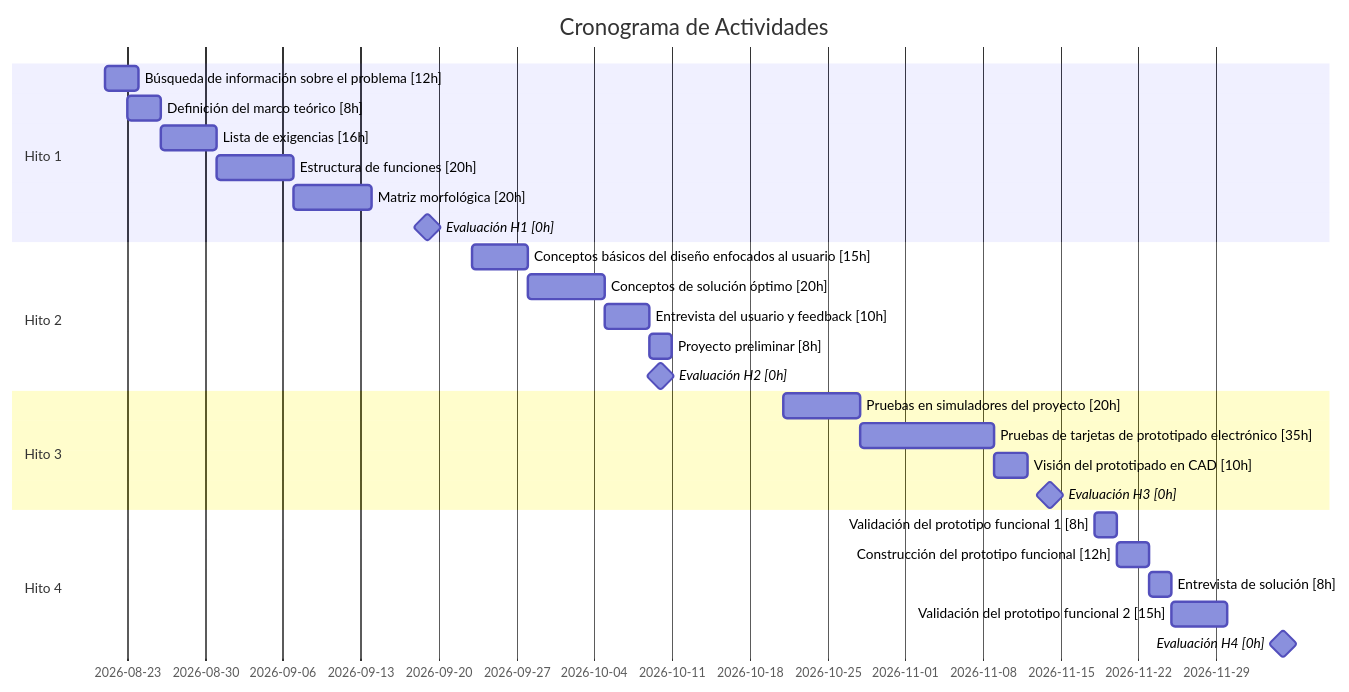
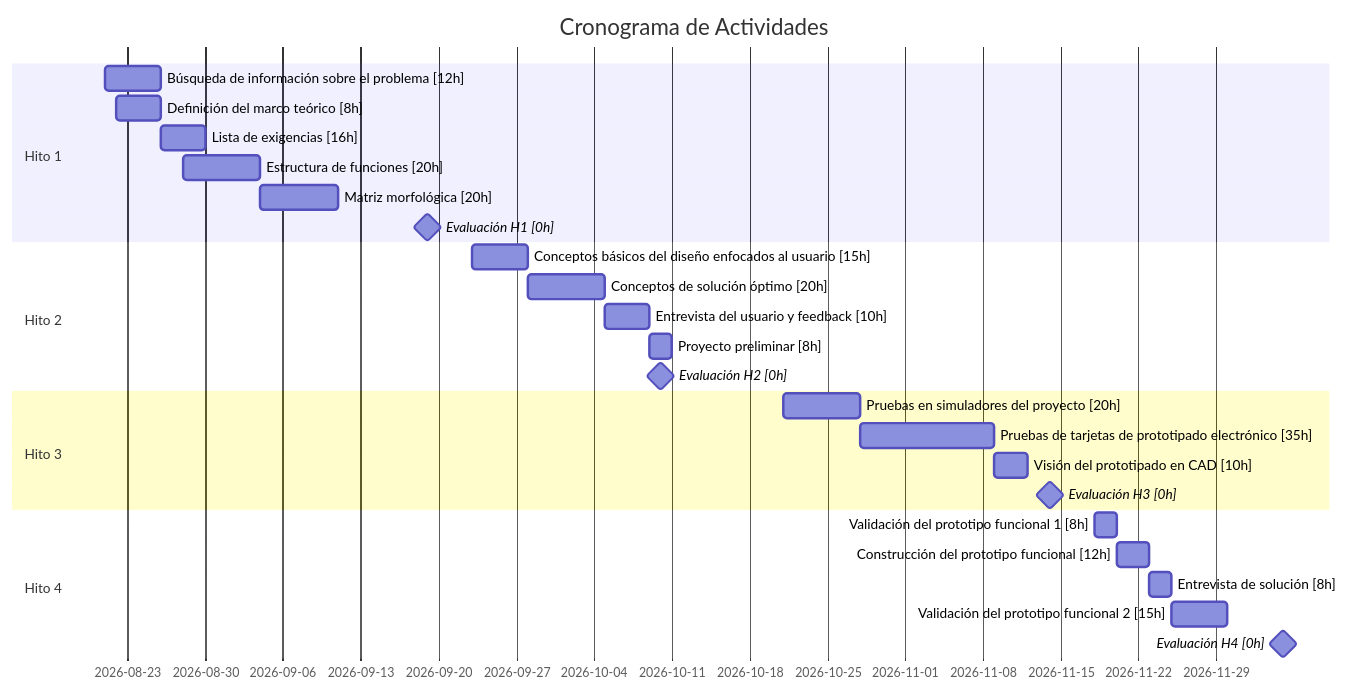
Before and after one commit to adriiit/PBDI_G1: the diagram in Hito 1/gantt_.md, drawn with Mermaid.

````diff
--- a/Hito 1/gantt_.md
+++ b/Hito 1/gantt_.md
@@ -2,33 +2,33 @@
 ```mermaid
 gantt
     dateFormat  YYYY-MM-DD
     title Cronograma de Actividades
 
     section Hito 1
-    Búsqueda de información sobre el problema [12h]      :a1, 2026-08-21, 3d
-    Definición del marco teórico [8h]                    :a2, 2026-08-23, 3d
-    Lista de exigencias [16h]                            :a3, after a2, 5d
-    Estructura de funciones [20h]                        :a4, after a3, 7d
+    Búsqueda de información sobre el problema [12h]      :a1, 2026-08-21, 5d
+    Definición del marco teórico [8h]                    :a2, 2026-08-22, 4d
+    Lista de exigencias [16h]                            :a3, 2026-08-26, 4d
+    Estructura de funciones [20h]                        :a4, 2026-08-28, 7d
     Matriz morfológica [20h]                             :a5, after a4, 7d
     Evaluación H1 [0h]                                   :milestone, h1, 2026-09-19, 0d
 
     section Hito 2
     Conceptos básicos del diseño enfocados al usuario [15h] :b1, 2026-09-23, 5d
     Conceptos de solución óptimo [20h]                   :b2, after b1, 7d
     Entrevista del usuario y feedback [10h]              :b3, after b2, 4d
     Proyecto preliminar [8h]                             :b4, after b3, 2d
     Evaluación H2 [0h]                                   :milestone, h2, 2026-10-10, 0d
 
     section Hito 3
     Pruebas en simuladores del proyecto [20h]            :c1, 2026-10-21, 7d
     Pruebas de tarjetas de prototipado electrónico [35h] :c2, after c1, 12d
     Visión del prototipado en CAD [10h]                  :c3, after c2, 3d
     Evaluación H3 [0h]                                   :milestone, h3, 2026-11-14, 0d
 
     section Hito 4
     Validación del prototipo funcional 1 [8h]            :d1, 2026-11-18, 2d
     Construcción del prototipo funcional [12h]           :d2, after d1, 3d
     Entrevista de solución [8h]                          :d3, after d2, 2d
     Validación del prototipo funcional 2 [15h]           :d4, after d3, 5d
     Evaluación H4 [0h]                                   :milestone, h4, 2026-12-05, 0d
 ```
````
